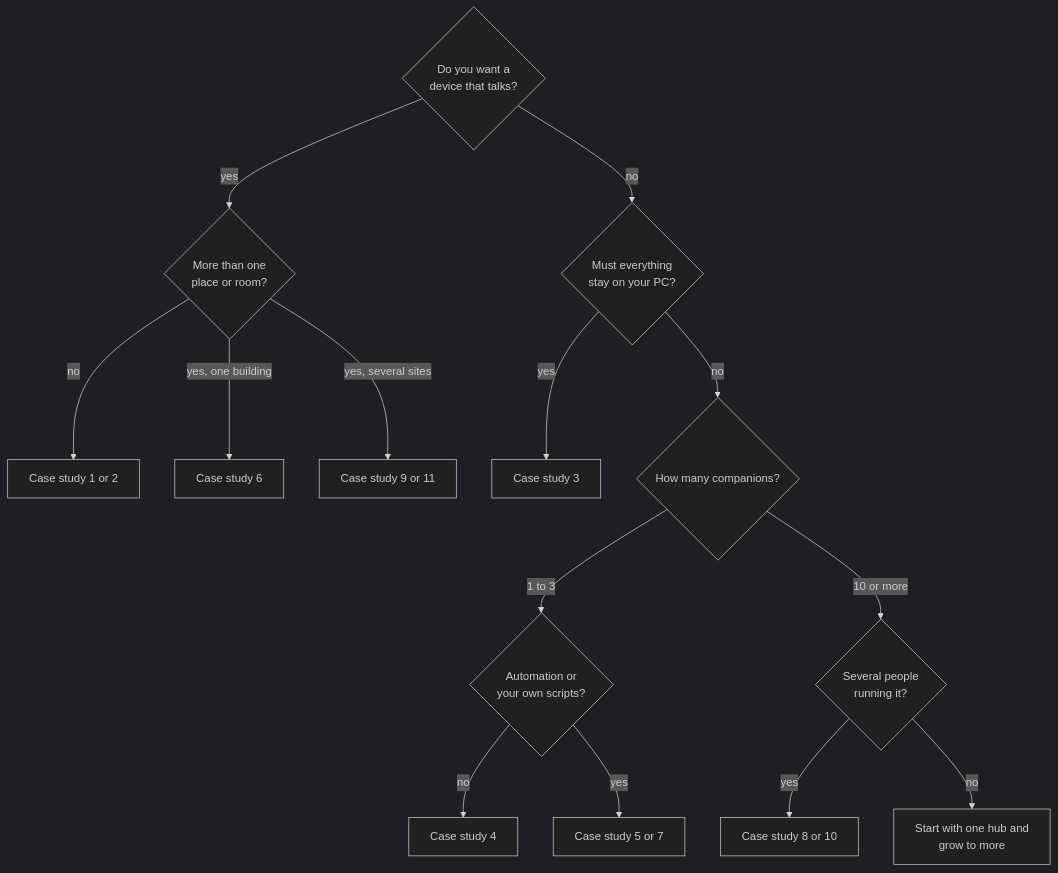
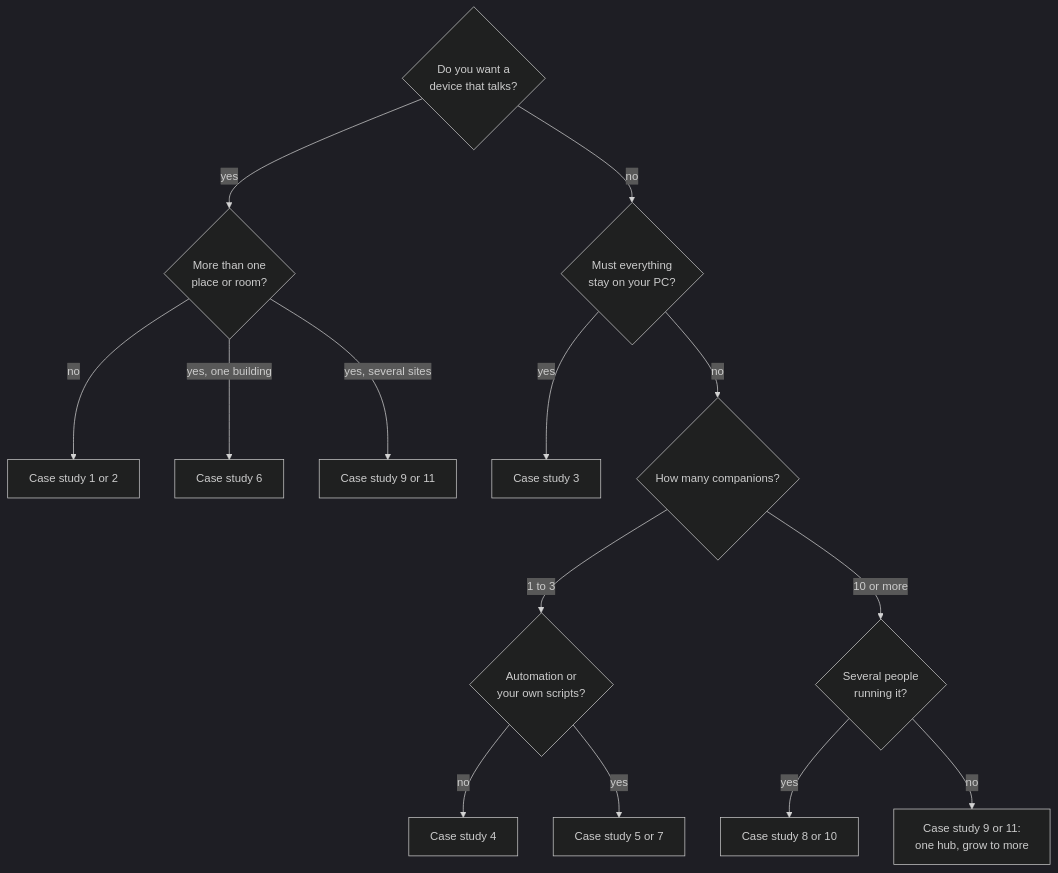
Diagram 17 of 17 in docs/USE_CASES.md (Smugandcomfy/waifu-ai-desktop), drawn with Mermaid (dark theme) before and after one commit. The commit also changed other lines of this file and 33 other files, not shown here.

First line of the commit message:
Redesign the docs: fresh screenshots, diagrams, How it works

````diff
--- a/docs/USE_CASES.md
+++ b/docs/USE_CASES.md
@@ -638,16 +640,16 @@
 ```mermaid
 flowchart TD
     Q1{"Do you want a<br/>device that talks?"} -- yes --> Q2{"More than one<br/>place or room?"}
     Q1 -- no --> Q3{"Must everything<br/>stay on your PC?"}
     Q2 -- "no" --> C1["Case study 1 or 2"]
     Q2 -- "yes, one building" --> C6["Case study 6"]
     Q2 -- "yes, several sites" --> C9["Case study 9 or 11"]
     Q3 -- yes --> C3["Case study 3"]
     Q3 -- no --> Q4{"How many companions?"}
     Q4 -- "1 to 3" --> Q5{"Automation or<br/>your own scripts?"}
     Q5 -- no --> C4["Case study 4"]
     Q5 -- yes --> C57["Case study 5 or 7"]
     Q4 -- "10 or more" --> Q6{"Several people<br/>running it?"}
     Q6 -- yes --> C810["Case study 8 or 10"]
-    Q6 -- no --> C9b["Start with one hub and<br/>grow to more"]
+    Q6 -- no --> C9b["Case study 9 or 11:<br/>one hub, grow to more"]
 ```
````
